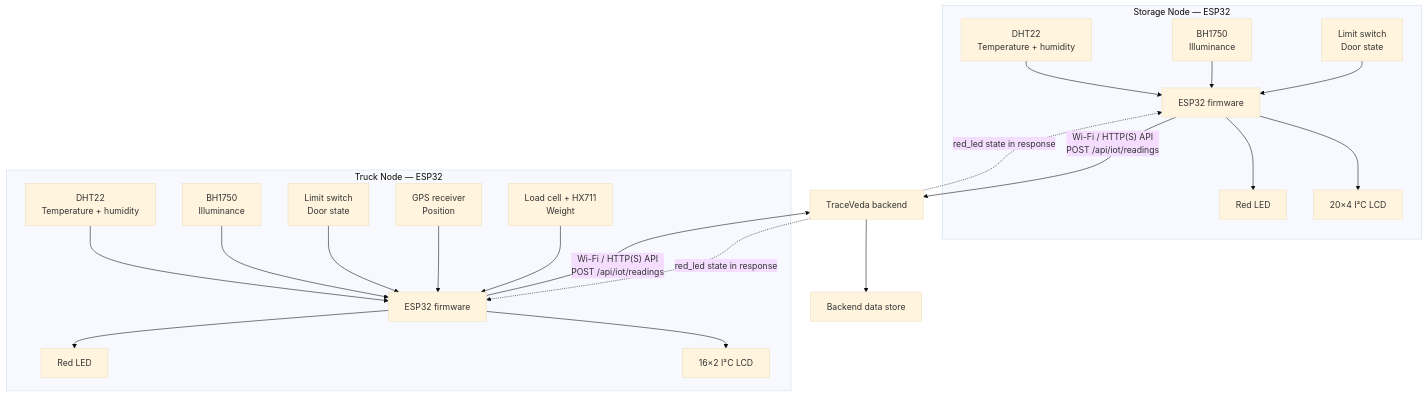
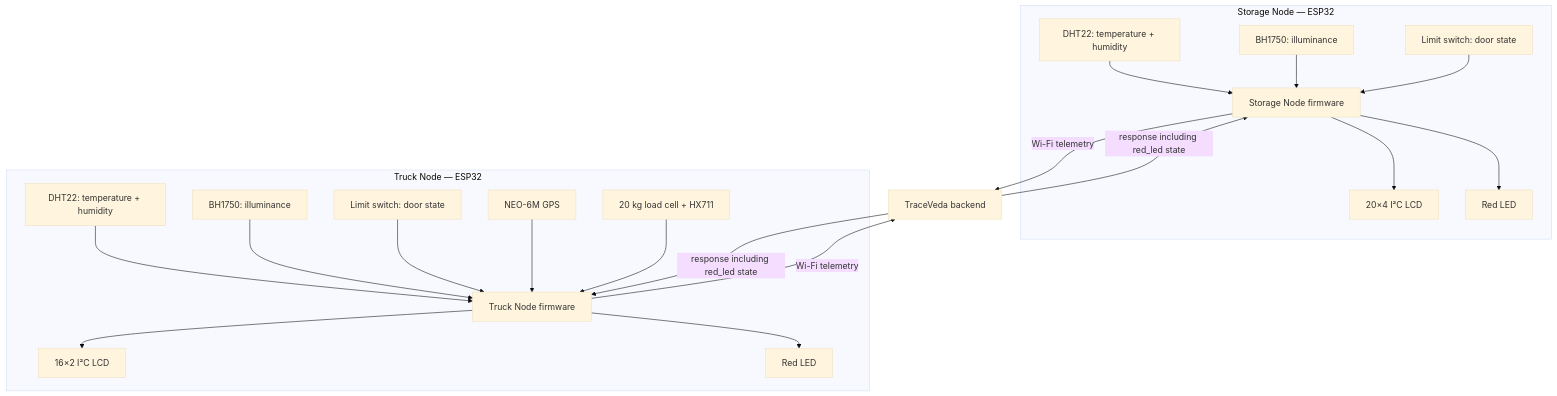
The diagram in docs/ARCHITECTURE.md (anirudh-kh12/TraceVeda-Hardware), drawn with Mermaid (base theme) before and after one commit. The commit also changed other lines of this file and 40 other files, not shown here.

Commit message:
Initial TraceVeda Hardware Repository

````diff
--- a/docs/ARCHITECTURE.md
+++ b/docs/ARCHITECTURE.md
@@ -9,40 +9,39 @@
 ```mermaid
 flowchart TB
-    subgraph S["Storage Node — ESP32"]
-      S1["DHT22\nTemperature + humidity"]
-      S2["BH1750\nIlluminance"]
-      S3["Limit switch\nDoor state"]
-      S4["20×4 I²C LCD"]
-      S5["Red LED"]
-      SC["ESP32 firmware"]
-      S1 --> SC
-      S2 --> SC
-      S3 --> SC
-      SC --> S4
-      SC --> S5
-    end
+  subgraph S["Storage Node — ESP32"]
+    S1["DHT22: temperature + humidity"]
+    S2["BH1750: illuminance"]
+    S3["Limit switch: door state"]
+    S4["20×4 I²C LCD"]
+    S5["Red LED"]
+    SC["Storage Node firmware"]
+    S1 --> SC
+    S2 --> SC
+    S3 --> SC
+    SC --> S4
+    SC --> S5
+  end
 
-    subgraph T["Truck Node — ESP32"]
-      T1["DHT22\nTemperature + humidity"]
-      T2["BH1750\nIlluminance"]
-      T3["Limit switch\nDoor state"]
-      T4["GPS receiver\nPosition"]
-      T5["Load cell + HX711\nWeight"]
-      T6["16×2 I²C LCD"]
-      T7["Red LED"]
-      TC["ESP32 firmware"]
-      T1 --> TC
-      T2 --> TC
-      T3 --> TC
-      T4 --> TC
-      T5 --> TC
-      TC --> T6
-      TC --> T7
-    end
+  subgraph T["Truck Node — ESP32"]
+    T1["DHT22: temperature + humidity"]
+    T2["BH1750: illuminance"]
+    T3["Limit switch: door state"]
+    T4["NEO-6M GPS"]
+    T5["20 kg load cell + HX711"]
+    T6["16×2 I²C LCD"]
+    T7["Red LED"]
+    TC["Truck Node firmware"]
+    T1 --> TC
+    T2 --> TC
+    T3 --> TC
+    T4 --> TC
+    T5 --> TC
+    TC --> T6
+    TC --> T7
+  end
 
-    SC -->|"Wi-Fi / HTTP(S) API\nPOST /api/iot/readings"| API["TraceVeda backend"]
-    TC -->|"Wi-Fi / HTTP(S) API\nPOST /api/iot/readings"| API
-    API --> DB["Backend data store"]
-    API -.->|"red_led state in response"| SC
-    API -.->|"red_led state in response"| TC
+  SC -->|"Wi-Fi telemetry"| API["TraceVeda backend"]
+  TC -->|"Wi-Fi telemetry"| API
+  API -->|"response including red_led state"| SC
+  API -->|"response including red_led state"| TC
 ```
````
